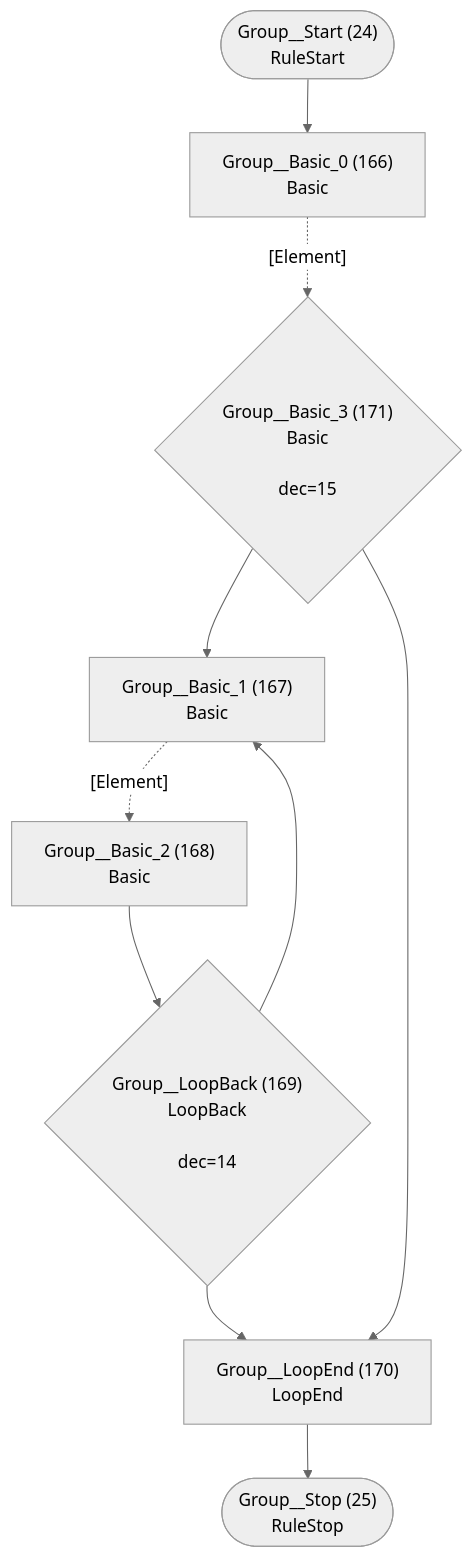
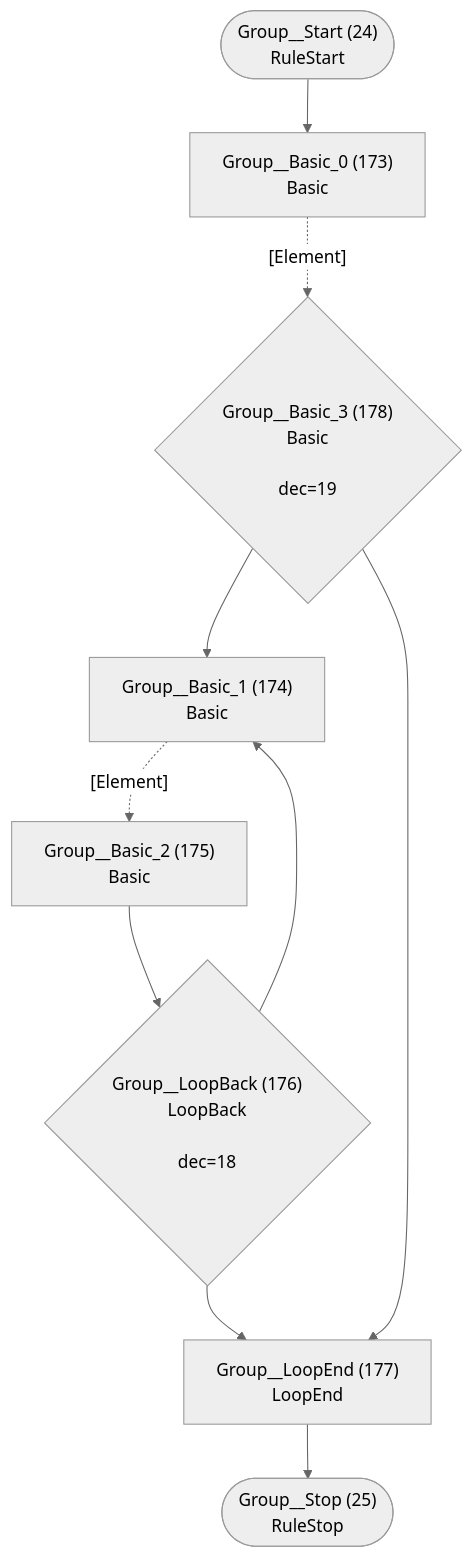
Before and after one commit to TypeFox/fastbelt: diagram 13 of 26 in internal/grammar/atn.md, drawn with Mermaid (neutral theme). The commit also changed other lines of this file and 25 other files, not shown here.

````diff
--- a/internal/grammar/atn.md
+++ b/internal/grammar/atn.md
@@ -374,21 +392,21 @@
 ```mermaid
 flowchart TD
     q24(["Group__Start (24)<br/>RuleStart"])
     q25(["Group__Stop (25)<br/>RuleStop"])
-    q166["Group__Basic_0 (166)<br/>Basic<br/>"]
-    q167["Group__Basic_1 (167)<br/>Basic<br/>"]
-    q168["Group__Basic_2 (168)<br/>Basic<br/>"]
-    q169{"Group__LoopBack (169)<br/>LoopBack<br/><br/>dec=14"}
-    q170["Group__LoopEnd (170)<br/>LoopEnd<br/>"]
-    q171{"Group__Basic_3 (171)<br/>Basic<br/><br/>dec=15"}
+    q173["Group__Basic_0 (173)<br/>Basic<br/>"]
+    q174["Group__Basic_1 (174)<br/>Basic<br/>"]
+    q175["Group__Basic_2 (175)<br/>Basic<br/>"]
+    q176{"Group__LoopBack (176)<br/>LoopBack<br/><br/>dec=18"}
+    q177["Group__LoopEnd (177)<br/>LoopEnd<br/>"]
+    q178{"Group__Basic_3 (178)<br/>Basic<br/><br/>dec=19"}
 
-    q24 --> q166
-    q166 -.->|"[Element]"| q171
-    q167 -.->|"[Element]"| q168
-    q168 --> q169
-    q169 --> q167
-    q169 --> q170
-    q170 --> q25
-    q171 --> q167
-    q171 --> q170
+    q24 --> q173
+    q173 -.->|"[Element]"| q178
+    q174 -.->|"[Element]"| q175
+    q175 --> q176
+    q176 --> q174
+    q176 --> q177
+    q177 --> q25
+    q178 --> q174
+    q178 --> q177
 ```
````
